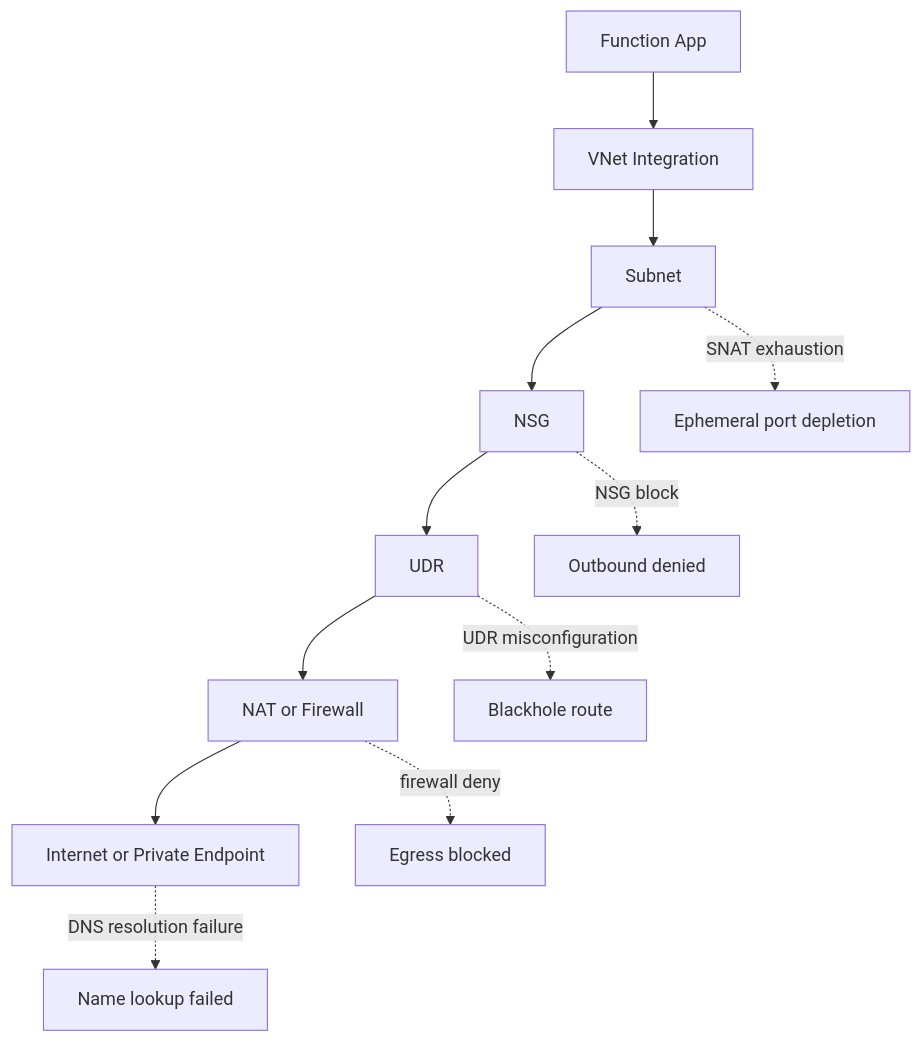
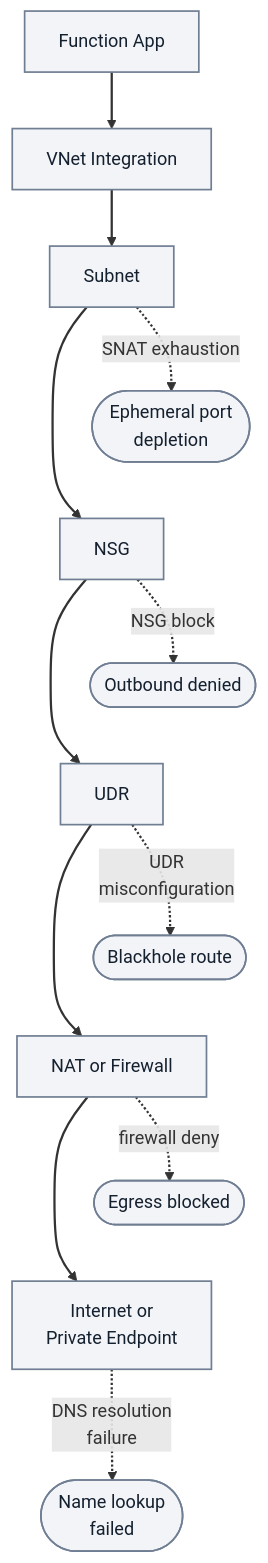
One commit to yeongseon/azure-functions-practical-guide changed the fourth of 6 diagrams in docs/troubleshooting/request-flow-for-incident-response.md. Above: the diagram before and after it, drawn with Mermaid. The commit also changed other lines of this file and 1 other file, not shown here.

First line of the commit message:
docs(diagrams): improve incident-response flows and record storage-map blocker (#457)

````diff
--- a/docs/troubleshooting/request-flow-for-incident-response.md
+++ b/docs/troubleshooting/request-flow-for-incident-response.md
@@ -251,15 +292,25 @@
 ```mermaid
 flowchart TD
-    A[Function App] --> B[VNet Integration]
+    accTitle: Outbound diagnostic checkpoints
+    accDescr: Illustrative checklist from function app and VNet integration to subnet policies, egress configuration and destination, with five failure associations. These are checks, not serial network appliances.
+    A[Function App] --> B["VNet Integration"]
     B --> C[Subnet]
     C --> D[NSG]
     D --> E[UDR]
     E --> F[NAT or Firewall]
-    F --> G[Internet or Private Endpoint]
+    F --> G["Internet or<br/>Private Endpoint"]
 
-    C -. SNAT exhaustion .-> X1[Ephemeral port depletion]
-    D -. NSG block .-> X2[Outbound denied]
-    E -. UDR misconfiguration .-> X3[Blackhole route]
-    F -. firewall deny .-> X4[Egress blocked]
-    G -. DNS resolution failure .-> X5[Name lookup failed]
+    C -. "SNAT exhaustion" .-> X1(["Ephemeral port<br/>depletion"])
+    D -. "NSG block" .-> X2(["Outbound denied"])
+    E -. "UDR<br/>misconfiguration" .-> X3(["Blackhole route"])
+    F -. "firewall deny" .-> X4(["Egress blocked"])
+    G -. "DNS resolution<br/>failure" .-> X5(["Name lookup<br/>failed"])
+    %% Layout-only links serialize callouts; they add no diagnostic steps or arrows.
+    X1 ~~~ D
+    X2 ~~~ E
+    X3 ~~~ F
+    X4 ~~~ G
+    classDef neutral fill:#f2f4f8,stroke:#707e93,stroke-width:1.5px,color:#14202e;
+    class A,B,C,D,E,F,G,X1,X2,X3,X4,X5 neutral;
+    linkStyle default stroke-width:2px;
 ```
````
